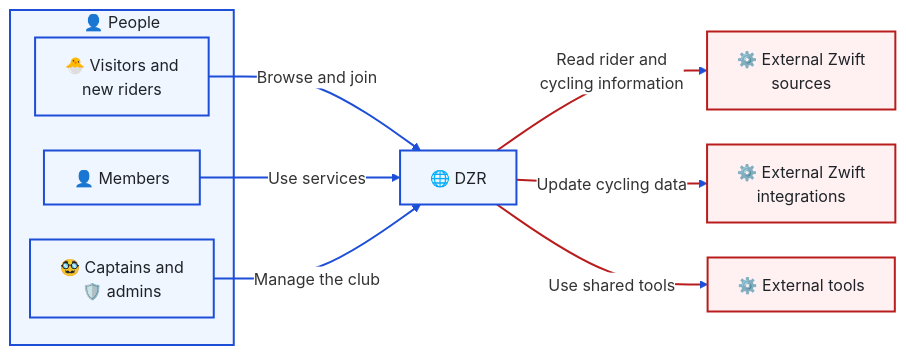
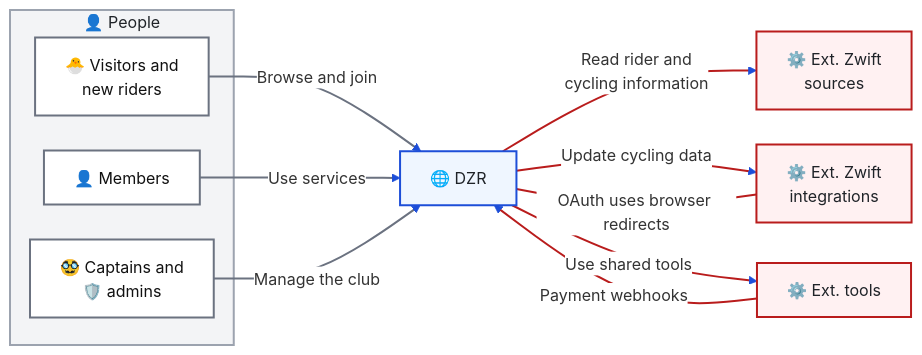
The first of 2 diagrams in docs/architecture/overview.md (T00few2/dzr), drawn with Mermaid before and after one commit. The commit also changed other lines of this file and 12 other files, not shown here.

````diff
--- a/docs/architecture/overview.md
+++ b/docs/architecture/overview.md
@@ -9,30 +9,45 @@
 ```mermaid
 ---
 config:
   theme: base
   themeVariables:
     edgeLabelBackground: '#ffffff'
+  themeCSS: |
+    :is(&) { background: #ffffff; }
   flowchart:
     padding: 15
     nodeSpacing: 35
     rankSpacing: 40
 ---
 flowchart LR
     subgraph people["👤 People"]
         visitor["🐣 Visitors and<br/>new riders"]
         member["👤 Members"]
         staff["🥸 Captains and<br/>🛡️ admins"]
     end
     visitor -->|Browse and join| dzr["🌐 DZR"]
     member -->|Use services| dzr
     staff -->|Manage the club| dzr
-    dzr -->|Read rider and<br/>cycling information| sources["⚙️ External Zwift<br/>sources"]
-    dzr -->|Update cycling data| integrations["⚙️ External Zwift<br/>integrations"]
-    dzr -->|Use shared tools| tools["⚙️ External tools"]
+    dzr -->|Read rider and<br/>cycling information| sources["⚙️ Ext. Zwift<br/>sources"]
+    dzr -->|Update cycling data| integrations["⚙️ Ext. Zwift<br/>integrations"]
+    dzr -->|Use shared tools| tools["⚙️ Ext. tools"]
+    tools -->|Payment webhooks| dzr
+    integrations ---|OAuth uses browser redirects| dzr
     classDef default fill:#eff6ff,stroke:#1d4ed8,stroke-width:2px,color:#1f2328
     classDef external fill:#fff1f2,stroke:#b91c1c,stroke-width:2px,color:#1f2328
     linkStyle default stroke:#1d4ed8,stroke-width:2px
     class sources,integrations,tools external
     linkStyle 3,4,5 stroke:#b91c1c,stroke-width:2px
-    style people fill:#eff6ff,stroke:#1d4ed8,stroke-width:2px,color:#1f2328
+    style people fill:#f3f4f6,stroke:#9ca3af,stroke-width:2px,color:#1f2328
+    classDef provider5 fill:#ffffff,stroke:#6B7280,stroke-width:2px,color:#111111
+    class people,member provider5
+    classDef provider6 fill:#ffffff,stroke:#6B7280,stroke-width:2px,color:#111111
+    class visitor provider6
+    classDef provider7 fill:#ffffff,stroke:#6B7280,stroke-width:2px,color:#111111
+    class staff provider7
+    linkStyle 0 stroke:#6B7280,stroke-width:2px
+    linkStyle 1 stroke:#6B7280,stroke-width:2px
+    linkStyle 2 stroke:#6B7280,stroke-width:2px
+    linkStyle 6 stroke:#b91c1c,stroke-width:2px
+    linkStyle 7 stroke:#b91c1c,stroke-width:2px
 ```
````
